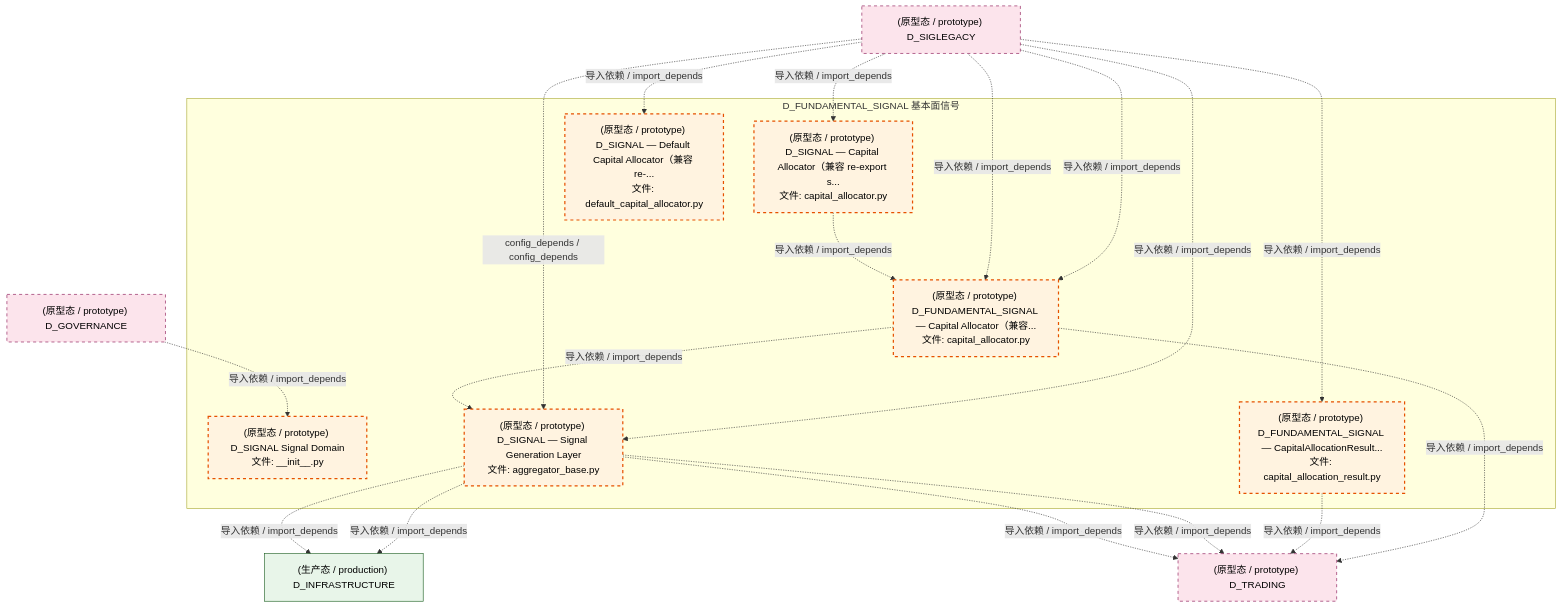
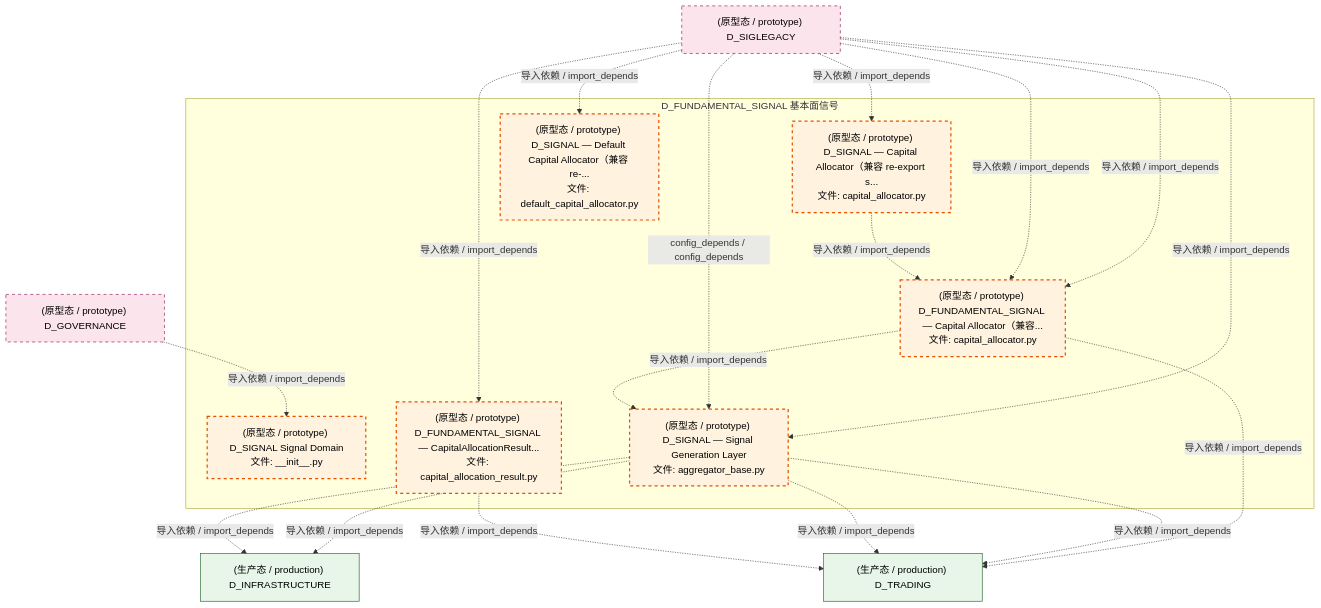
One commit to xuanFelixVan/ZephyrAlpha changed the third of 4 diagrams in docs/02_enterprise_architecture/02_domain_architecture_docs/37_d_fundamental_signal.md. Above: the diagram before and after it, drawn with Mermaid. The commit also changed other lines of this file and 125 other files, not shown here.

````diff
--- a/docs/02_enterprise_architecture/02_domain_architecture_docs/37_d_fundamental_signal.md
+++ b/docs/02_enterprise_architecture/02_domain_architecture_docs/37_d_fundamental_signal.md
@@ -197,38 +197,38 @@
 ```mermaid
 graph TD
     subgraph D_FUNDAMENTAL_SIGNAL["D_FUNDAMENTAL_SIGNAL 基本面信号"]
         src_zephyr_signal_fundamental_init_py["(原型态 / prototype) D_SIGNAL Signal Domain<br/>文件: __init__.py"]
         src_zephyr_signal_fundamental_capital_capital_allocation_result_py["(原型态 / prototype) D_FUNDAMENTAL_SIGNAL — CapitalAllocationResult...<br/>文件: capital_allocation_result.py"]
         src_zephyr_signal_fundamental_capital_capital_allocator_py["(原型态 / prototype) D_SIGNAL — Capital Allocator（兼容 re-export s...<br/>文件: capital_allocator.py"]
         src_zephyr_signal_fundamental_capital_default_capital_allocator_py["(原型态 / prototype) D_SIGNAL — Default Capital Allocator（兼容 re-...<br/>文件: default_capital_allocator.py"]
         src_zephyr_signal_fundamental_gen_aggregator_base_py["(原型态 / prototype) D_SIGNAL — Signal Generation Layer<br/>文件: aggregator_base.py"]
         src_zephyr_signal_fundamental_strategy_capital_allocator_py["(原型态 / prototype) D_FUNDAMENTAL_SIGNAL — Capital Allocator（兼容...<br/>文件: capital_allocator.py"]
     end
     src_zephyr_signal_fundamental_capital_capital_allocator_py -.->|导入依赖 / import_depends| src_zephyr_signal_fundamental_strategy_capital_allocator_py
     src_zephyr_signal_fundamental_strategy_capital_allocator_py -.->|导入依赖 / import_depends| src_zephyr_signal_fundamental_gen_aggregator_base_py
+    D_TRADING["(生产态 / production) D_TRADING"]
+    src_zephyr_signal_fundamental_capital_capital_allocation_result_py -.->|导入依赖 / import_depends| D_TRADING
     D_INFRASTRUCTURE["(生产态 / production) D_INFRASTRUCTURE"]
     src_zephyr_signal_fundamental_gen_aggregator_base_py -.->|导入依赖 / import_depends| D_INFRASTRUCTURE
     src_zephyr_signal_fundamental_gen_aggregator_base_py -.->|导入依赖 / import_depends| D_INFRASTRUCTURE
-    D_TRADING["(原型态 / prototype) D_TRADING"]
     src_zephyr_signal_fundamental_gen_aggregator_base_py -.->|导入依赖 / import_depends| D_TRADING
     src_zephyr_signal_fundamental_gen_aggregator_base_py -.->|导入依赖 / import_depends| D_TRADING
-    src_zephyr_signal_fundamental_capital_capital_allocation_result_py -.->|导入依赖 / import_depends| D_TRADING
     src_zephyr_signal_fundamental_strategy_capital_allocator_py -.->|导入依赖 / import_depends| D_TRADING
     D_SIGLEGACY["(原型态 / prototype) D_SIGLEGACY"]
     D_SIGLEGACY -.->|导入依赖 / import_depends| src_zephyr_signal_fundamental_strategy_capital_allocator_py
     D_SIGLEGACY -.->|config_depends / config_depends| src_zephyr_signal_fundamental_gen_aggregator_base_py
     D_SIGLEGACY -.->|导入依赖 / import_depends| src_zephyr_signal_fundamental_strategy_capital_allocator_py
     D_SIGLEGACY -.->|导入依赖 / import_depends| src_zephyr_signal_fundamental_capital_capital_allocation_result_py
     D_SIGLEGACY -.->|导入依赖 / import_depends| src_zephyr_signal_fundamental_capital_capital_allocator_py
     D_SIGLEGACY -.->|导入依赖 / import_depends| src_zephyr_signal_fundamental_capital_default_capital_allocator_py
     D_GOVERNANCE["(原型态 / prototype) D_GOVERNANCE"]
     D_GOVERNANCE -.->|导入依赖 / import_depends| src_zephyr_signal_fundamental_init_py
     D_SIGLEGACY -.->|导入依赖 / import_depends| src_zephyr_signal_fundamental_gen_aggregator_base_py
     classDef production fill:#e1f5fe,stroke:#01579b,stroke-width:2px,color:#000
     classDef design fill:#fff3e0,stroke:#e65100,stroke-width:2px,color:#000,stroke-dasharray: 5 5
     classDef external_prod fill:#e8f5e9,stroke:#1b5e20,stroke-width:1px,color:#000
     classDef external_design fill:#fce4ec,stroke:#880e4f,stroke-width:1px,color:#000,stroke-dasharray: 5 5
     class src_zephyr_signal_fundamental_init_py,src_zephyr_signal_fundamental_capital_capital_allocation_result_py,src_zephyr_signal_fundamental_capital_capital_allocator_py,src_zephyr_signal_fundamental_capital_default_capital_allocator_py,src_zephyr_signal_fundamental_gen_aggregator_base_py,src_zephyr_signal_fundamental_strategy_capital_allocator_py design
-    class D_INFRASTRUCTURE external_prod
-    class D_TRADING,D_SIGLEGACY,D_GOVERNANCE external_design
+    class D_TRADING,D_INFRASTRUCTURE external_prod
+    class D_SIGLEGACY,D_GOVERNANCE external_design
 ```
````
